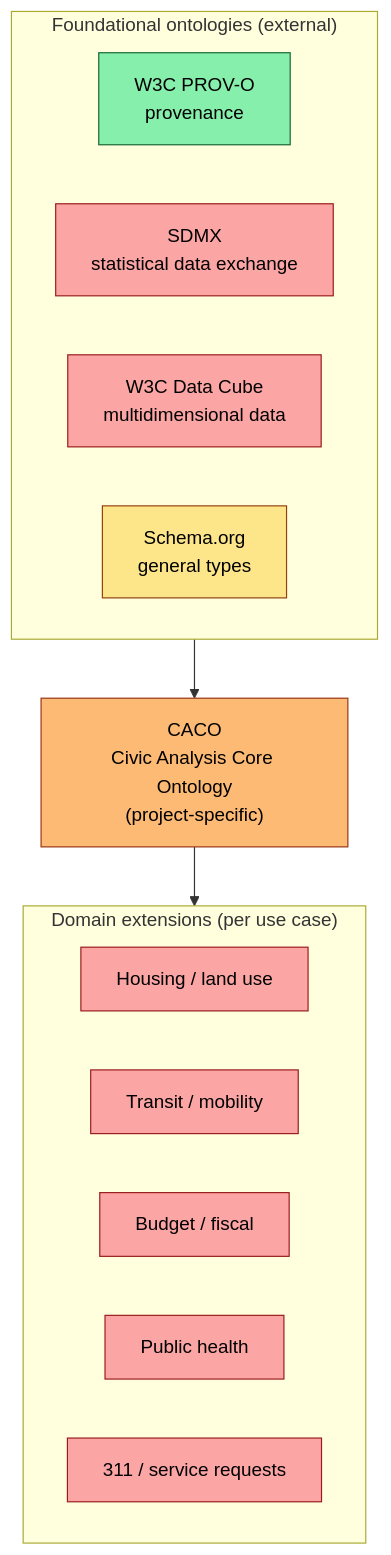
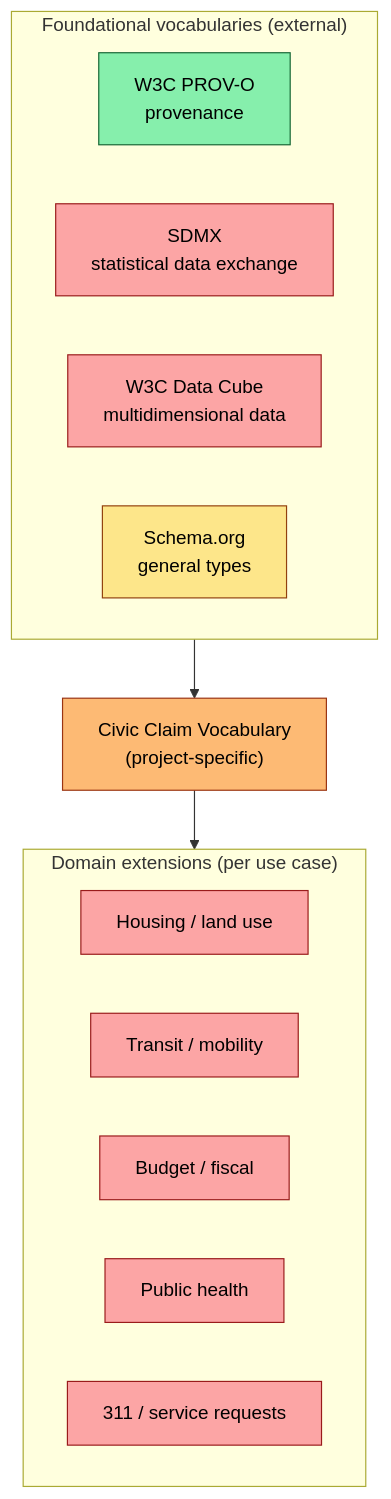
Before and after one commit to npstorey/civic-ai-tools: the fifth of 8 diagrams in docs/architecture/end-state-vision.md, drawn with Mermaid. The commit also changed other lines of this file and 4 other files, not shown here.

First line of the commit message:
docs(architecture): rename CACO → Civic Claim Vocabulary, add Open Evidence Standard v0.1, update CLAUDE.md

````diff
--- a/docs/architecture/end-state-vision.md
+++ b/docs/architecture/end-state-vision.md
@@ -223,27 +223,27 @@
 ```mermaid
 flowchart TB
-    CACO["CACO<br/>Civic Analysis Core Ontology<br/>(project-specific)"]:::designed
+    CCV["Civic Claim Vocabulary<br/>(project-specific)"]:::designed
 
-    subgraph Foundational["Foundational ontologies (external)"]
+    subgraph Foundational["Foundational vocabularies (external)"]
         PROV["W3C PROV-O<br/>provenance"]:::built
         SDMX["SDMX<br/>statistical data exchange"]:::speculative
         DataCube["W3C Data Cube<br/>multidimensional data"]:::speculative
         Schema["Schema.org<br/>general types"]:::partial
     end
 
     subgraph Domain["Domain extensions (per use case)"]
         Housing["Housing / land use"]:::speculative
         Transit["Transit / mobility"]:::speculative
         Budget["Budget / fiscal"]:::speculative
         Health["Public health"]:::speculative
         Service["311 / service requests"]:::speculative
     end
 
-    Foundational --> CACO
-    CACO --> Domain
+    Foundational --> CCV
+    CCV --> Domain
 
     classDef built fill:#86efac,stroke:#166534,color:#000
     classDef partial fill:#fde68a,stroke:#92400e,color:#000
     classDef designed fill:#fdba74,stroke:#9a3412,color:#000
     classDef speculative fill:#fca5a5,stroke:#991b1b,color:#000
 ```
````
